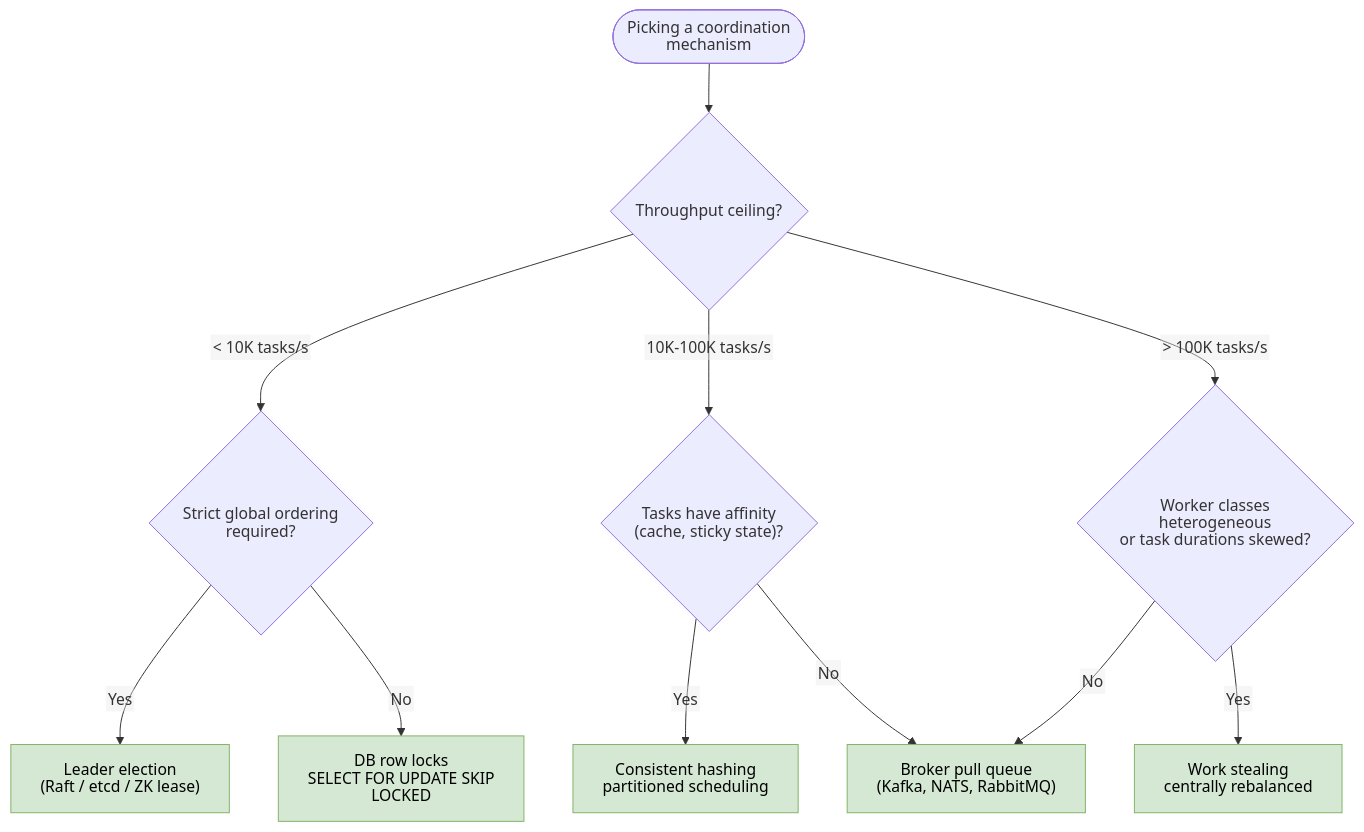
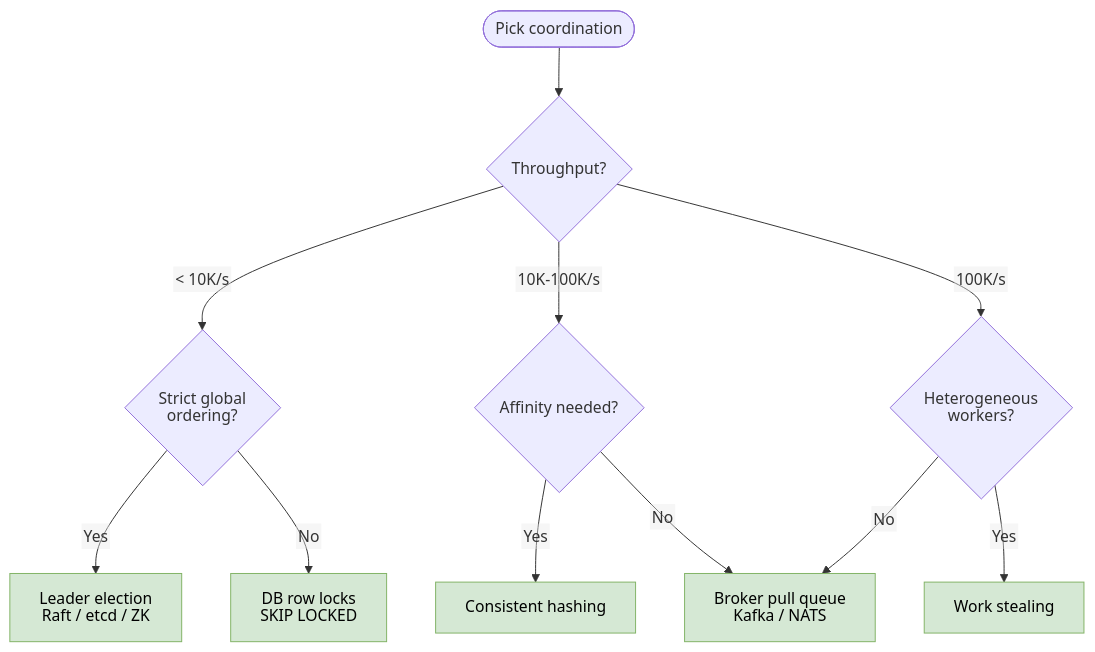
The diagram in content/articles/task-scheduler-design/diagrams/coordination-decision.mermaid (sujeet-pro/sujeet.pro), drawn with Mermaid before and after one commit. The commit also changed 2057 other files, not shown here.

```diff
--- a/content/articles/task-scheduler-design/diagrams/coordination-decision.mermaid
+++ b/content/articles/task-scheduler-design/diagrams/coordination-decision.mermaid
@@ -1,20 +1,20 @@
 %% Diagram: Coordination mechanism decision tree
 %% Type: flowchart
 %%{init: {'htmlLabels': false}}%%
 flowchart TD
-    START([Picking a coordination mechanism]) --> Q1{"Throughput ceiling?"}
-    Q1 -->|&lt; 10K tasks/s| Q2{"Strict global ordering required?"}
-    Q1 -->|10K-100K tasks/s| Q3{"Tasks have affinity<br/>(cache, sticky state)?"}
-    Q1 -->|&gt; 100K tasks/s| Q4{"Worker classes heterogeneous<br/>or task durations skewed?"}
+    START([Pick coordination]) --> Q1{"Throughput?"}
+    Q1 -->|< 10K/s| Q2{"Strict global<br/>ordering?"}
+    Q1 -->|10K-100K/s| Q3{"Affinity needed?"}
+    Q1 -->|> 100K/s| Q4{"Heterogeneous<br/>workers?"}
 
-    Q2 -->|Yes| LEADER["Leader election<br/>(Raft / etcd / ZK lease)"]
-    Q2 -->|No| LOCKS["DB row locks<br/>SELECT FOR UPDATE SKIP LOCKED"]
+    Q2 -->|Yes| LEADER["Leader election<br/>Raft / etcd / ZK"]
+    Q2 -->|No| LOCKS["DB row locks<br/>SKIP LOCKED"]
 
-    Q3 -->|Yes| HASH["Consistent hashing<br/>partitioned scheduling"]
-    Q3 -->|No| BROKER["Broker pull queue<br/>(Kafka, NATS, RabbitMQ)"]
+    Q3 -->|Yes| HASH["Consistent hashing"]
+    Q3 -->|No| BROKER["Broker pull queue<br/>Kafka / NATS"]
 
-    Q4 -->|Yes| STEAL["Work stealing<br/>centrally rebalanced"]
+    Q4 -->|Yes| STEAL["Work stealing"]
     Q4 -->|No| BROKER
 
     classDef pick fill:#d5e8d4,stroke:#82b366,color:#000
     class LOCKS,LEADER,HASH,BROKER,STEAL pick
```
